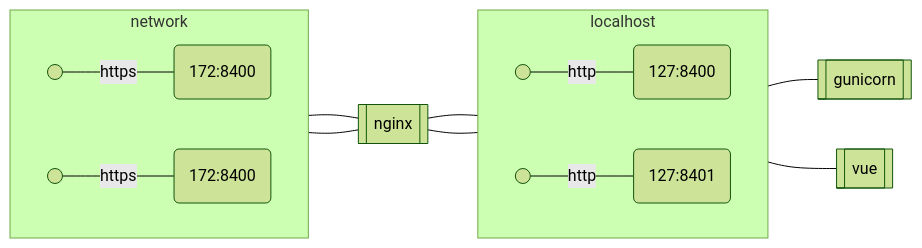
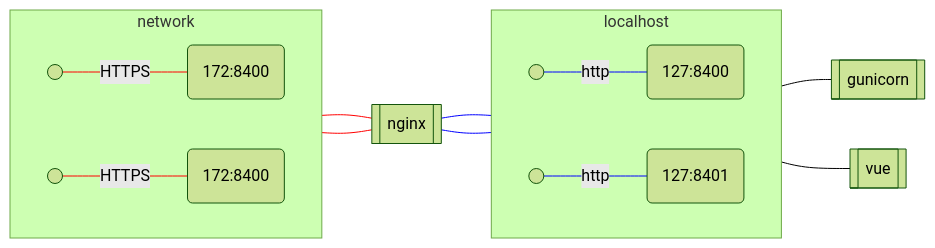
Before and after one commit to smucclaw/vue-pure-pdpa: the second of 2 diagrams in bin/https.md, drawn with Mermaid (forest theme). The commit also changed other lines of this file, not shown here.

Commit message:
Add coloring

````diff
--- a/bin/https.md
+++ b/bin/https.md
@@ -27,22 +28,31 @@
 ```mermaid
 flowchart LR
     subgraph network
         direction LR
-        id1(( )) -- https --- network_port_8400(172:8400)
-        id2(( )) -- https --- network_port_8401(172:8401)
+        id1(( )) -- HTTPS --- network_port_8400(172:8400)
+        id2(( )) -- HTTPS --- network_port_8401(172:8401)
     end
     nginx[[nginx]]
     network_port_8400(172:8400) --- nginx
     network_port_8401(172:8400) --- nginx
+
     subgraph localhost
         direction LR
         id3(( )) -- http --- loop_port_8400(127:8400)
         id4(( ))-- http --- loop_port_8401(127:8401)
     end
     gunicorn[[ gunicorn ]]
     loop_port_8400---gunicorn
     vue[[ vue ]]
     loop_port_8401---vue
     nginx---id3
     nginx---id4
+    linkStyle 0 stroke:red;
+    linkStyle 1 stroke:red;
+    linkStyle 2 stroke:red;
+    linkStyle 3 stroke:red;
+    linkStyle 8 stroke:blue;
+    linkStyle 9 stroke:blue;
+    linkStyle 4 stroke:blue;
+    linkStyle 5 stroke:blue;
 ```
````
